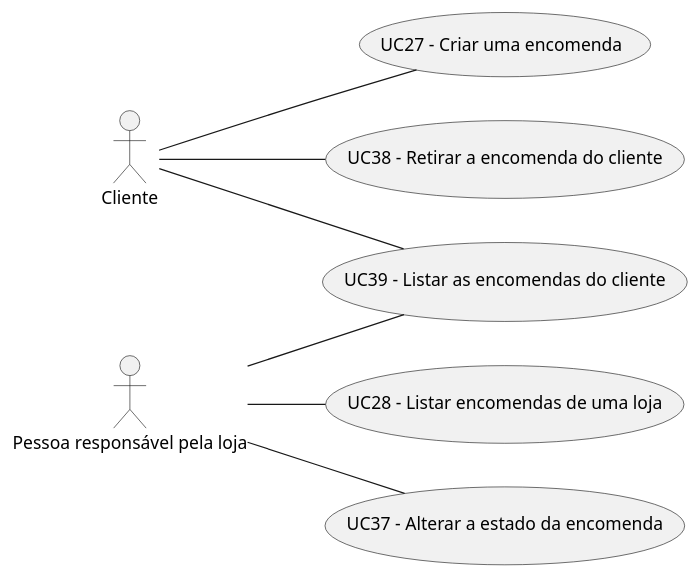
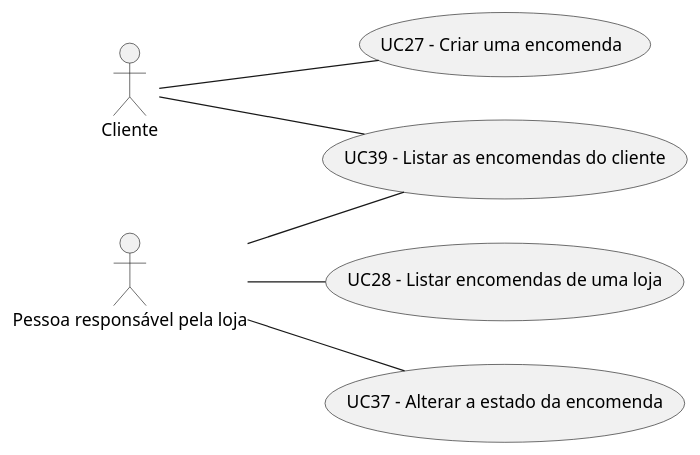
The diagram in design/userCasesEncomenda.puml (TiagoNora/ballerina-project), drawn with PlantUML before and after one commit. The commit also changed 8 other files, not shown here.

```diff
--- a/design/userCasesEncomenda.puml
+++ b/design/userCasesEncomenda.puml
@@ -1,24 +1,22 @@
 @startuml
 
 skinparam defaultTextAlignment center
 
 left to right direction
 
 :Cliente: as c
 :Pessoa responsável pela loja: as person
 
 (UC27 - Criar uma encomenda) as UC27
 (UC28 - Listar encomendas de uma loja) as UC28
 (UC37 - Alterar a estado da encomenda) as UC37
-(UC38 - Retirar a encomenda do cliente) as UC38
 (UC39 - Listar as encomendas do cliente) as UC39
 
 c -- UC27
 person -- UC28
 person -- UC37
-c -- UC38
 c -- UC39
 person -- UC39
 
 
 @end
```
